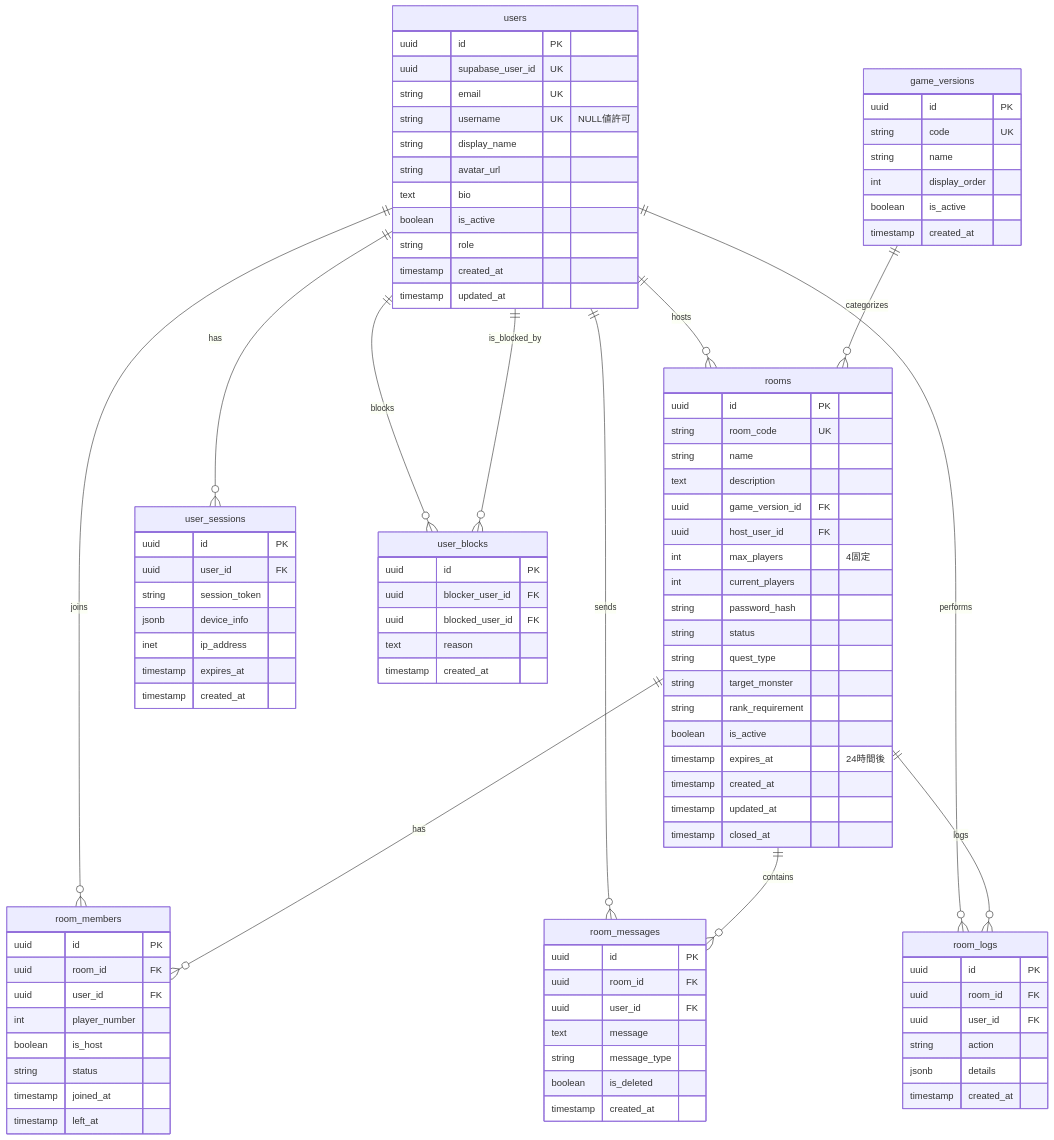
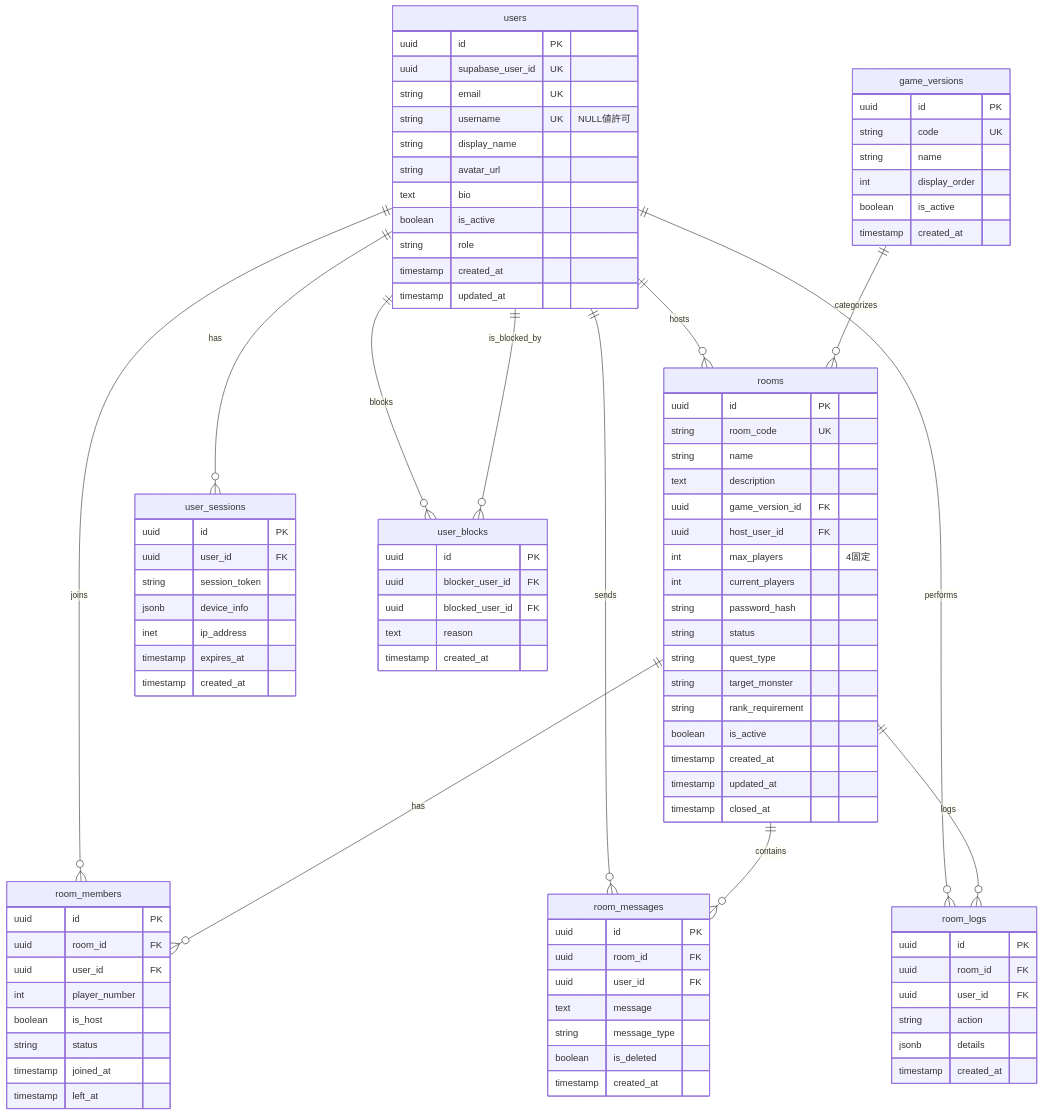
Before and after one commit to motty93/mhp-rooms: the diagram in docs/er.md, drawn with Mermaid. The commit also changed other lines of this file and 3 other files, not shown here.

```diff
--- a/docs/er.md
+++ b/docs/er.md
@@ -60,7 +60,6 @@
         string target_monster
         string rank_requirement
         boolean is_active
-        timestamp expires_at "24時間後"
         timestamp created_at
         timestamp updated_at
         timestamp closed_at
```
